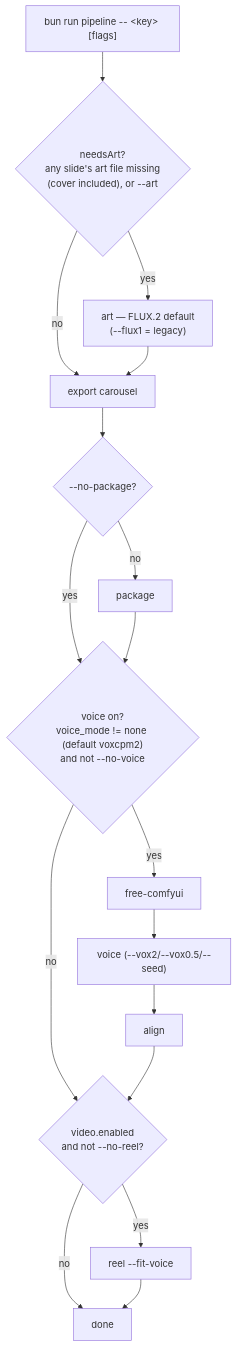
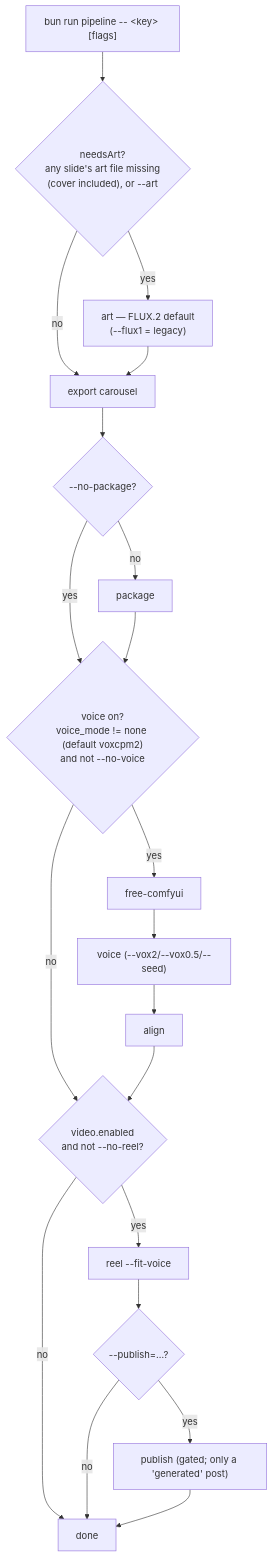
One commit to jondmarien/ai-ugc-pipeline changed the fourth of 4 diagrams in renderer/docs/PIPELINE_ARCHITECTURE.md. Above: the diagram before and after it, drawn with Mermaid. The commit also changed other lines of this file and 3 other files, not shown here.

First line of the commit message:
docs(architecture): add PUBLISHING_ARCHITECTURE; sync PROJECT/PIPELINE; tighten README Status

````diff
--- a/renderer/docs/PIPELINE_ARCHITECTURE.md
+++ b/renderer/docs/PIPELINE_ARCHITECTURE.md
@@ -117,19 +120,22 @@
 ```mermaid
 flowchart TD
     K["bun run pipeline -- &lt;key&gt; [flags]"] --> A{"needsArt?<br/>any slide's art file missing<br/>(cover included), or --art"}
     A -- yes --> ART["art — FLUX.2 default<br/>(--flux1 = legacy)"]
     A -- no --> EXP["export carousel"]
     ART --> EXP
     EXP --> PKG{"--no-package?"}
     PKG -- no --> P2["package"]
     PKG -- yes --> VQ{"voice on?<br/>voice_mode != none (default voxcpm2)<br/>and not --no-voice"}
     P2 --> VQ
     VQ -- yes --> FC["free-comfyui"]
     FC --> VO["voice (--vox2/--vox0.5/--seed)"]
     VO --> AL["align"]
     VQ -- no --> RQ{"video.enabled<br/>and not --no-reel?"}
     AL --> RQ
     RQ -- yes --> RE["reel --fit-voice"]
     RQ -- no --> DONE["done"]
-    RE --> DONE
+    RE --> PQ{"--publish=…?"}
+    PQ -- yes --> PUB["publish (gated; only a 'generated' post)"]
+    PQ -- no --> DONE
+    PUB --> DONE
 ```
````
